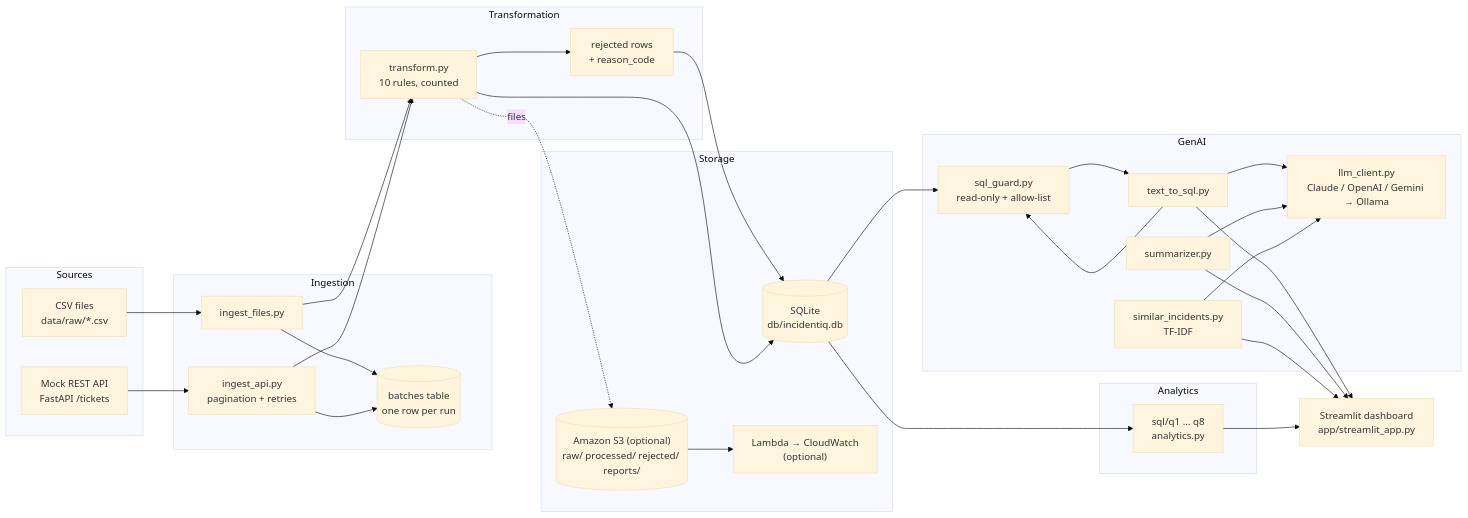
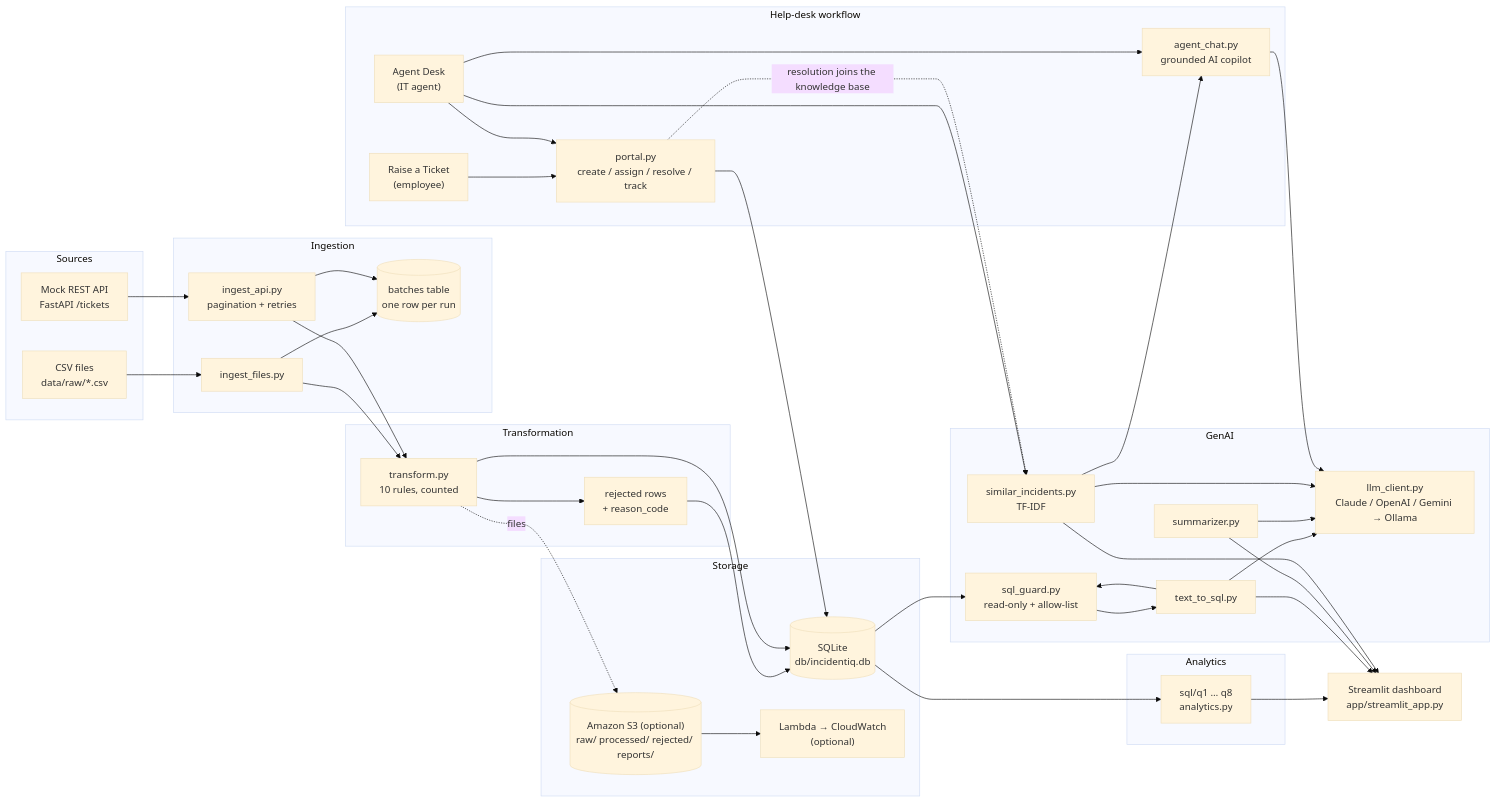
Before and after one commit to akshdpvasu-source/incidentiq: the diagram in docs/architecture.md, drawn with Mermaid (base theme). The commit also changed other lines of this file and 20 other files, not shown here.

Commit message:
Update IncidentIQ with portal, agent desk, and expanded tests

````diff
--- a/docs/architecture.md
+++ b/docs/architecture.md
@@ -3,49 +3,61 @@
 ```mermaid
 flowchart LR
     subgraph Sources
         CSV["CSV files<br/>data/raw/*.csv"]
         API["Mock REST API<br/>FastAPI /tickets"]
     end
     subgraph Ingestion
         IF["ingest_files.py"]
         IA["ingest_api.py<br/>pagination + retries"]
         B[("batches table<br/>one row per run")]
     end
     subgraph Transformation
         T["transform.py<br/>10 rules, counted"]
         R["rejected rows<br/>+ reason_code"]
     end
     subgraph Storage
         DB[("SQLite<br/>db/incidentiq.db")]
         S3[("Amazon S3 (optional)<br/>raw/ processed/ rejected/ reports/")]
         L["Lambda → CloudWatch<br/>(optional)"]
     end
     subgraph Analytics
         Q["sql/q1 … q8<br/>analytics.py"]
     end
     subgraph GenAI
         G["sql_guard.py<br/>read-only + allow-list"]
         TS["text_to_sql.py"]
         SU["summarizer.py"]
         SI["similar_incidents.py<br/>TF-IDF"]
         LLM["llm_client.py<br/>Claude / OpenAI / Gemini → Ollama"]
     end
+    subgraph Helpdesk["Help-desk workflow"]
+        RT["Raise a Ticket<br/>(employee)"]
+        PO["portal.py<br/>create / assign / resolve / track"]
+        AD["Agent Desk<br/>(IT agent)"]
+        AC["agent_chat.py<br/>grounded AI copilot"]
+    end
     UI["Streamlit dashboard<br/>app/streamlit_app.py"]
 
     CSV --> IF --> T
     API --> IA --> T
     IF --> B
     IA --> B
     T --> R --> DB
     T --> DB
     T -. files .-> S3 --> L
     DB --> Q --> UI
     DB --> G
     TS --> LLM
     TS --> G
     SU --> LLM
     SI --> LLM
     G --> TS --> UI
     SU --> UI
     SI --> UI
+    RT --> PO --> DB
+    AD --> PO
+    AD --> SI
+    AD --> AC --> LLM
+    SI --> AC
+    PO -. "resolution joins the knowledge base" .-> SI
 ```
````
